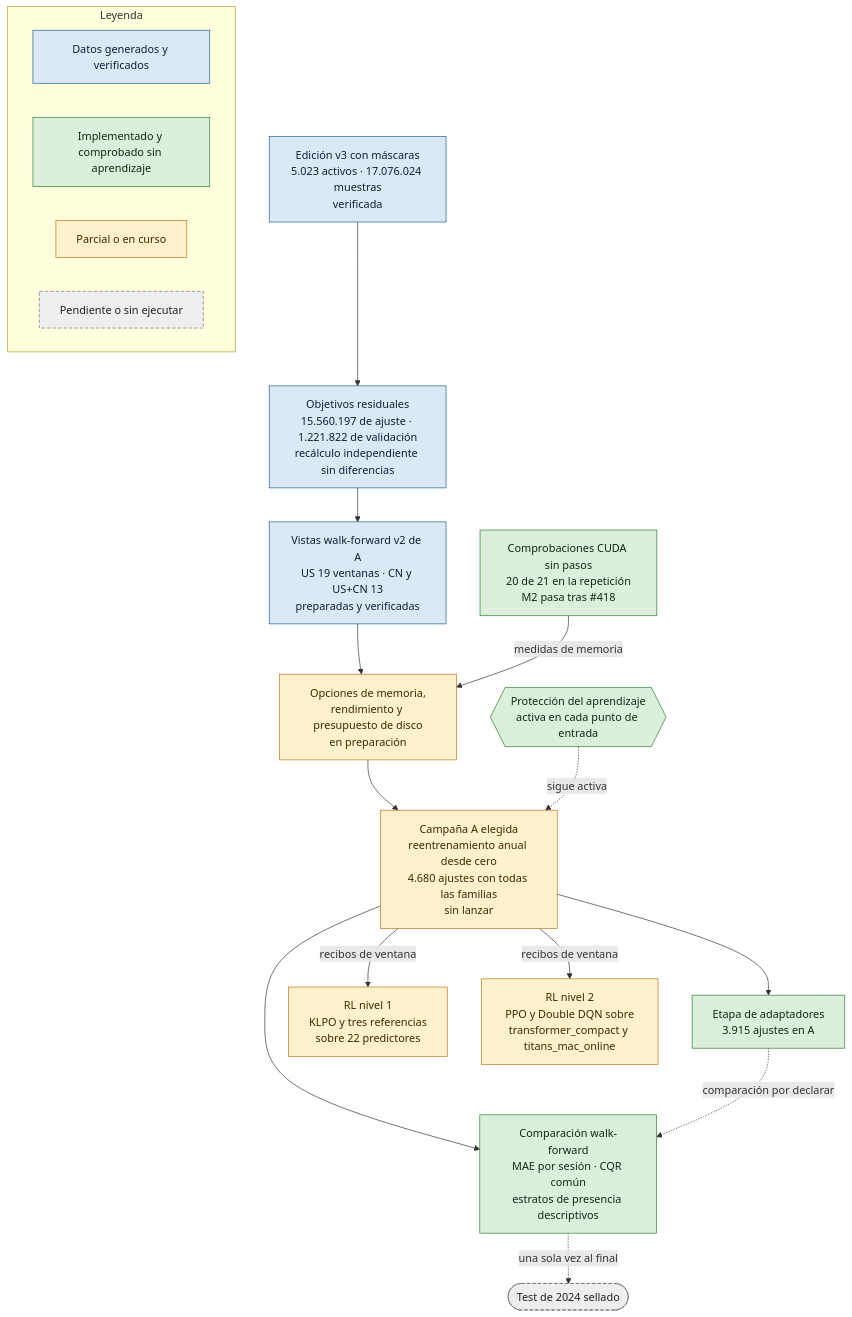
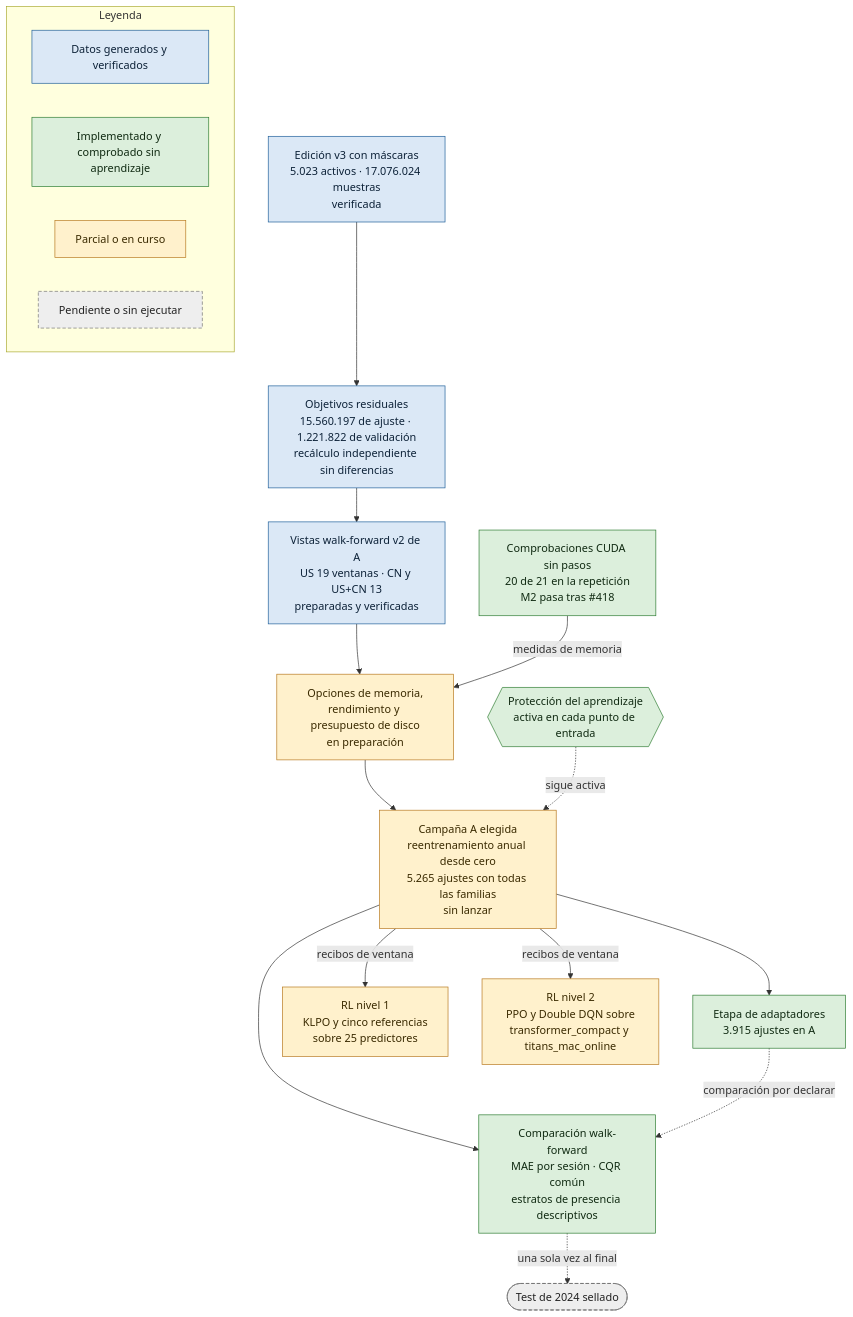
The first of 3 diagrams in README.md (GonxKZ/mars-titan), drawn with Mermaid before and after one commit. The commit also changed other lines of this file and 506 other files, not shown here.

````diff
--- a/README.md
+++ b/README.md
@@ -35,37 +35,37 @@
 ```mermaid
 flowchart TD
     E["Edición v3 con máscaras<br/>5.023 activos · 17.076.024 muestras<br/>verificada"]:::ejecutado
     O["Objetivos residuales<br/>15.560.197 de ajuste · 1.221.822 de validación<br/>recálculo independiente sin diferencias"]:::ejecutado
     H{{"Protección del aprendizaje<br/>activa en cada punto de entrada"}}:::comprobado
     W["Vistas walk-forward v2 de A<br/>US 19 ventanas · CN y US+CN 13<br/>preparadas y verificadas"]:::ejecutado
     K["Comprobaciones CUDA sin pasos<br/>20 de 21 en la repetición<br/>M2 pasa tras #418"]:::comprobado
     Q["Opciones de memoria,<br/>rendimiento y presupuesto de disco<br/>en preparación"]:::parcial
-    A["Campaña A elegida<br/>reentrenamiento anual desde cero<br/>4.680 ajustes con todas las familias<br/>sin lanzar"]:::parcial
+    A["Campaña A elegida<br/>reentrenamiento anual desde cero<br/>5.265 ajustes con todas las familias<br/>sin lanzar"]:::parcial
     P["Etapa de adaptadores<br/>3.915 ajustes en A"]:::comprobado
-    R1["RL nivel 1<br/>KLPO y tres referencias<br/>sobre 22 predictores"]:::parcial
+    R1["RL nivel 1<br/>KLPO y cinco referencias<br/>sobre 25 predictores"]:::parcial
     R2["RL nivel 2<br/>PPO y Double DQN sobre<br/>transformer_compact y titans_mac_online"]:::parcial
     C["Comparación walk-forward<br/>MAE por sesión · CQR común<br/>estratos de presencia descriptivos"]:::comprobado
     T(["Test de 2024 sellado"]):::pendiente
 
     E --> O --> W --> Q --> A
     K -- medidas de memoria --> Q
     H -. sigue activa .-> A
     A --> P
     A -- recibos de ventana --> R1
     A -- recibos de ventana --> R2
     A --> C
     P -. comparación por declarar .-> C
     C -. una sola vez al final .-> T
 
     subgraph LEY["Leyenda"]
         L0["Datos generados y verificados"]:::ejecutado
         L1["Implementado y comprobado sin aprendizaje"]:::comprobado
         L2["Parcial o en curso"]:::parcial
         L3["Pendiente o sin ejecutar"]:::pendiente
     end
 
     classDef ejecutado fill:#dbe8f6,stroke:#1f5f99,color:#0d2238
     classDef comprobado fill:#dcefdc,stroke:#2e7d32,color:#102a12
     classDef parcial fill:#fff1cc,stroke:#b7791f,color:#3a2a00
     classDef pendiente fill:#eeeeee,stroke:#757575,color:#222222,stroke-dasharray:5 3
 ```
````
